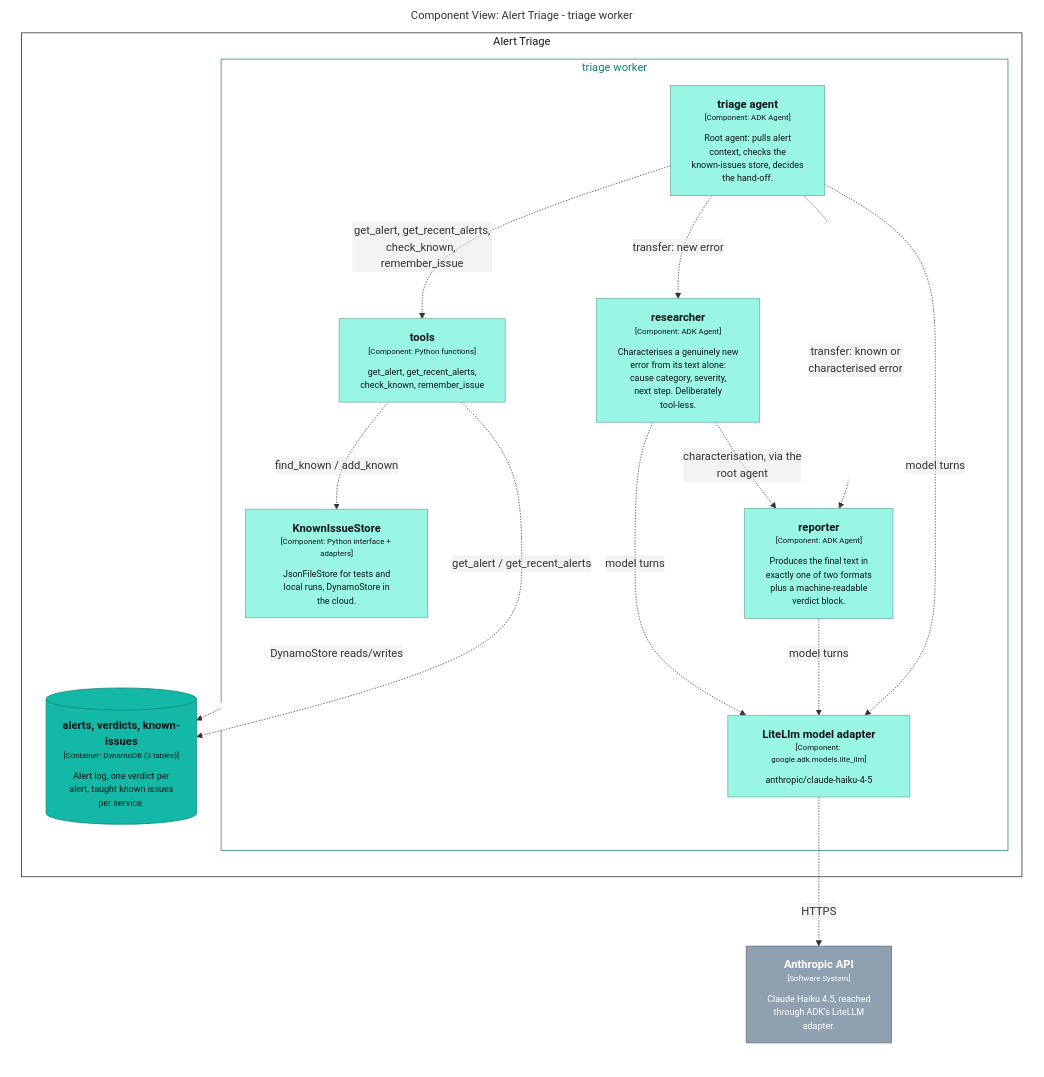
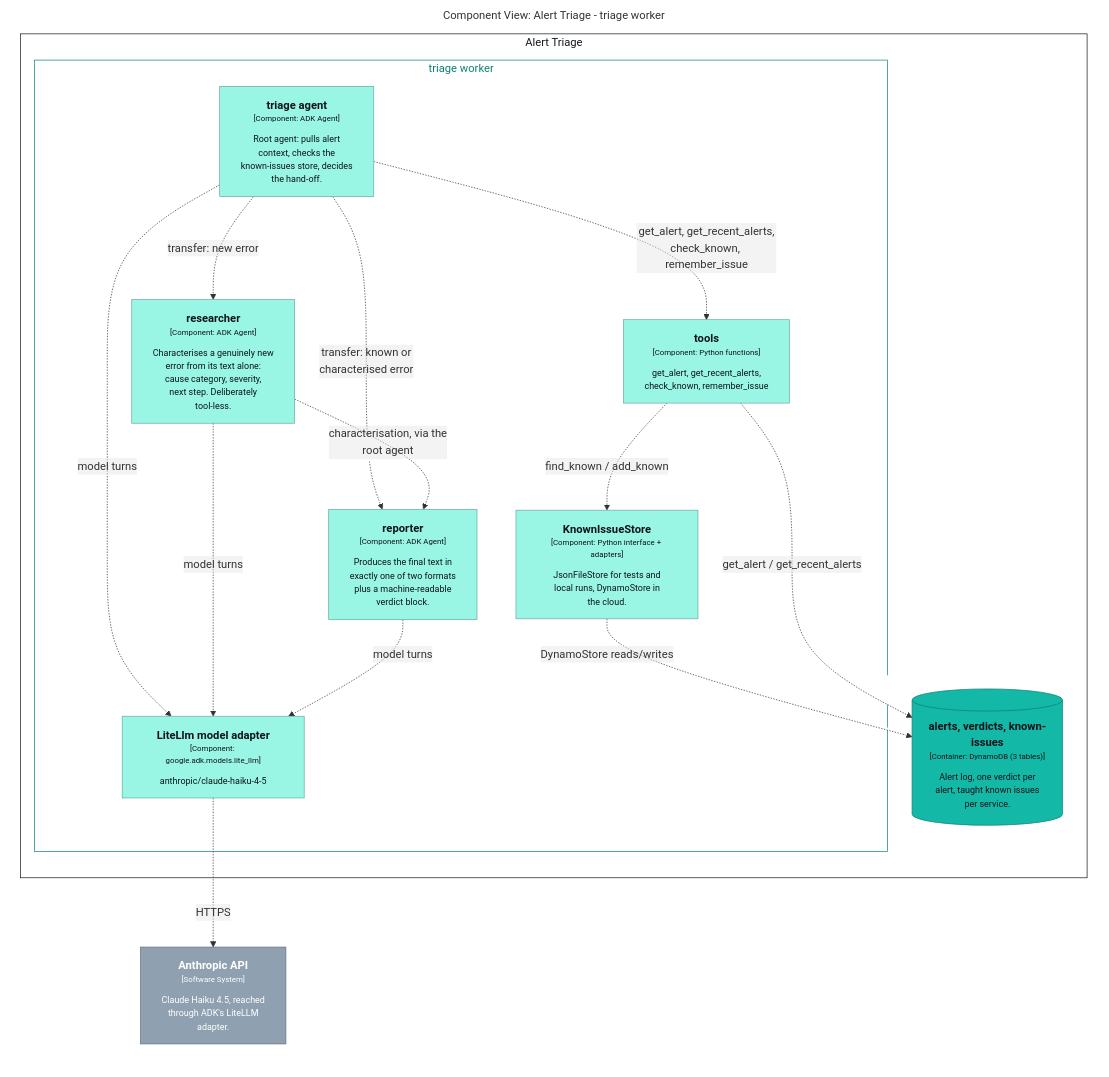
The fourth of 6 diagrams in docs/c4/generated/README.md (KucherenkoSerhiy/oncall-triage), drawn with Mermaid before and after one commit. The commit also changed other lines of this file and 26 other files, not shown here.

````diff
--- a/docs/c4/generated/README.md
+++ b/docs/c4/generated/README.md
@@ -152,48 +163,48 @@
 ```mermaid
 graph LR
   linkStyle default fill:#ffffff
 
   subgraph diagram ["Component View: Alert Triage - triage worker"]
     style diagram fill:#ffffff,stroke:#ffffff
 
     3["<div style='font-weight: bold'>Anthropic API</div><div style='font-size: 70%; margin-top: 0px'>[Software System]</div><div style='font-size: 80%; margin-top:10px'>Claude Haiku 4.5, reached<br />through ADK's LiteLLM<br />adapter.</div>"]
     style 3 fill:#8fa1b0,stroke:#64707b,color:#ffffff
 
     subgraph 5 ["Alert Triage"]
       style 5 fill:#ffffff,stroke:#131921,color:#131921
 
       subgraph 8 ["triage worker"]
         style 8 fill:#ffffff,stroke:#0e8074,color:#0e8074
 
         10["<div style='font-weight: bold'>researcher</div><div style='font-size: 70%; margin-top: 0px'>[Component: ADK Agent]</div><div style='font-size: 80%; margin-top:10px'>Characterises a genuinely new<br />error from its text alone:<br />cause category, severity,<br />next step. Deliberately<br />tool-less.</div>"]
         style 10 fill:#99f6e4,stroke:#6bac9f,color:#0e1419
         11["<div style='font-weight: bold'>reporter</div><div style='font-size: 70%; margin-top: 0px'>[Component: ADK Agent]</div><div style='font-size: 80%; margin-top:10px'>Produces the final text in<br />exactly one of two formats<br />plus a machine-readable<br />verdict block.</div>"]
         style 11 fill:#99f6e4,stroke:#6bac9f,color:#0e1419
         12["<div style='font-weight: bold'>tools</div><div style='font-size: 70%; margin-top: 0px'>[Component: Python functions]</div><div style='font-size: 80%; margin-top:10px'>get_alert, get_recent_alerts,<br />check_known, remember_issue</div>"]
         style 12 fill:#99f6e4,stroke:#6bac9f,color:#0e1419
         13["<div style='font-weight: bold'>KnownIssueStore</div><div style='font-size: 70%; margin-top: 0px'>[Component: Python interface + adapters]</div><div style='font-size: 80%; margin-top:10px'>JsonFileStore for tests and<br />local runs, DynamoStore in<br />the cloud.</div>"]
         style 13 fill:#99f6e4,stroke:#6bac9f,color:#0e1419
         14["<div style='font-weight: bold'>LiteLlm model adapter</div><div style='font-size: 70%; margin-top: 0px'>[Component: google.adk.models.lite_llm]</div><div style='font-size: 80%; margin-top:10px'>anthropic/claude-haiku-4-5</div>"]
         style 14 fill:#99f6e4,stroke:#6bac9f,color:#0e1419
         9["<div style='font-weight: bold'>triage agent</div><div style='font-size: 70%; margin-top: 0px'>[Component: ADK Agent]</div><div style='font-size: 80%; margin-top:10px'>Root agent: pulls alert<br />context, checks the<br />known-issues store, decides<br />the hand-off.</div>"]
         style 9 fill:#99f6e4,stroke:#6bac9f,color:#0e1419
       end
 
       15[("<div style='font-weight: bold'>alerts, verdicts, known-issues</div><div style='font-size: 70%; margin-top: 0px'>[Container: DynamoDB (3 tables)]</div><div style='font-size: 80%; margin-top:10px'>Alert log, one verdict per<br />alert, taught known issues<br />per service.</div>")]
       style 15 fill:#14b8a6,stroke:#0e8074,color:#0e1419
     end
 
-    10-. "<div>model turns</div><div style='font-size: 70%'></div>" .->14
-    11-. "<div>model turns</div><div style='font-size: 70%'></div>" .->14
-    14-. "<div>HTTPS</div><div style='font-size: 70%'></div>" .->3
     9-. "<div>get_alert, get_recent_alerts,<br />check_known, remember_issue</div><div style='font-size: 70%'></div>" .->12
     9-. "<div>transfer: new error</div><div style='font-size: 70%'></div>" .->10
     9-. "<div>transfer: known or<br />characterised error</div><div style='font-size: 70%'></div>" .->11
     10-. "<div>characterisation, via the<br />root agent</div><div style='font-size: 70%'></div>" .->11
     12-. "<div>find_known / add_known</div><div style='font-size: 70%'></div>" .->13
     13-. "<div>DynamoStore reads/writes</div><div style='font-size: 70%'></div>" .->15
     12-. "<div>get_alert / get_recent_alerts</div><div style='font-size: 70%'></div>" .->15
     9-. "<div>model turns</div><div style='font-size: 70%'></div>" .->14
+    10-. "<div>model turns</div><div style='font-size: 70%'></div>" .->14
+    11-. "<div>model turns</div><div style='font-size: 70%'></div>" .->14
+    14-. "<div>HTTPS</div><div style='font-size: 70%'></div>" .->3
 
   end
 ```
````
